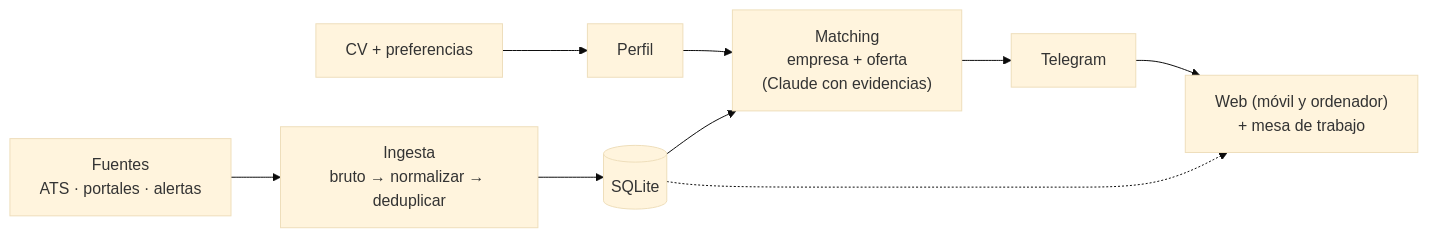
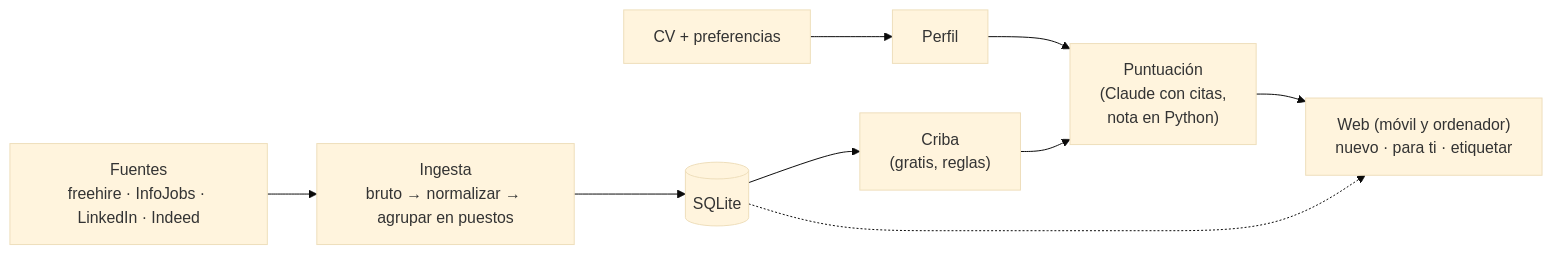
The diagram in README.md (rubenhig/job-radar), drawn with Mermaid (base theme) before and after one commit. The commit also changed other lines of this file and 13 other files, not shown here.

````diff
--- a/README.md
+++ b/README.md
@@ -20,10 +20,10 @@
 ```mermaid
 flowchart LR
     CV[CV + preferencias] --> P[Perfil]
-    F["Fuentes<br/>ATS · portales · alertas"] --> I["Ingesta<br/>bruto → normalizar → deduplicar"]
+    F["Fuentes<br/>freehire · InfoJobs · LinkedIn · Indeed"] --> I["Ingesta<br/>bruto → normalizar → agrupar en puestos"]
     I --> DB[(SQLite)]
-    P & DB --> M["Matching<br/>empresa + oferta<br/>(Claude con evidencias)"]
-    M --> T[Telegram]
-    T --> W["Web (móvil y ordenador)<br/>+ mesa de trabajo"]
+    DB --> C["Criba<br/>(gratis, reglas)"]
+    P & C --> M["Puntuación<br/>(Claude con citas,<br/>nota en Python)"]
+    M --> W["Web (móvil y ordenador)<br/>nuevo · para ti · etiquetar"]
     DB -.-> W
 ```
````
